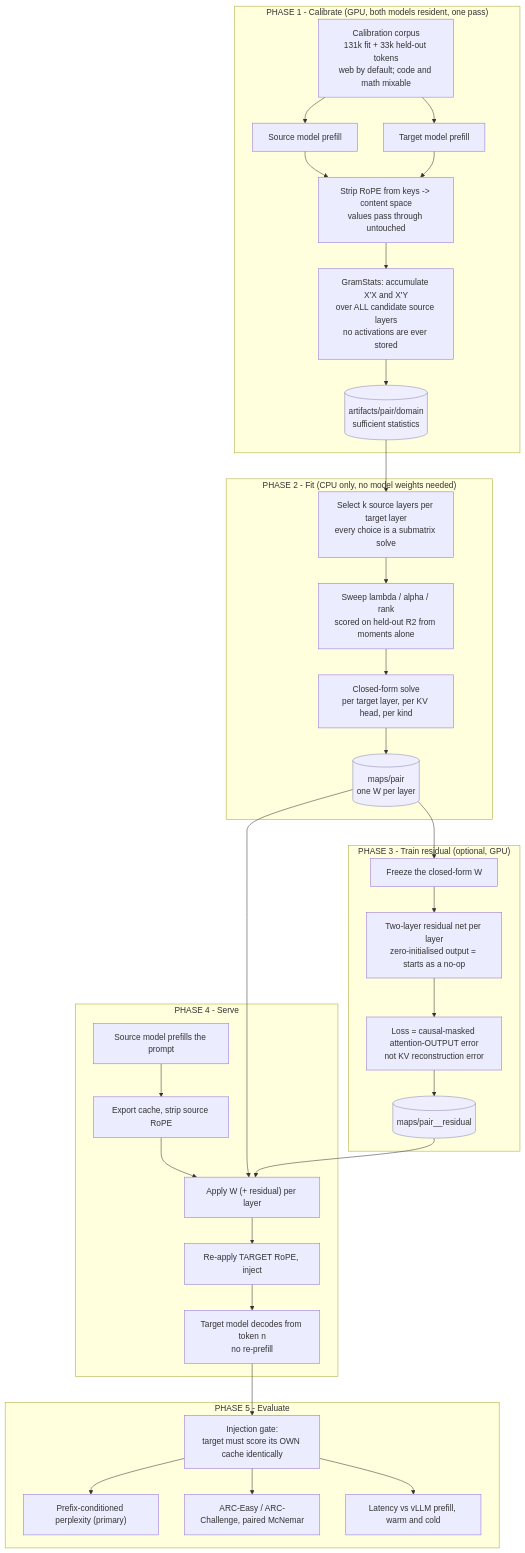
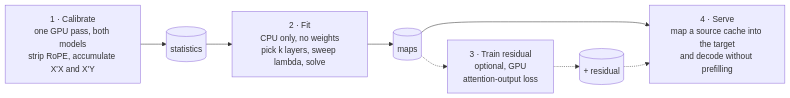
Before and after one commit to puneethgv/kvxfer: the first of 2 diagrams in README.md, drawn with Mermaid. The commit also changed other lines of this file, not shown here.

First line of the commit message:
Shrink the pipeline diagram and cut filler from the README

````diff
--- a/README.md
+++ b/README.md
@@ -46,61 +39,13 @@
 ```mermaid
-flowchart TD
-    subgraph P1["PHASE 1 - Calibrate (GPU, both models resident, one pass)"]
-        A1["Calibration corpus<br/>131k fit + 33k held-out tokens<br/>web by default; code and math mixable"]
-        A2["Source model prefill"]
-        A3["Target model prefill"]
-        A4["Strip RoPE from keys -> content space<br/>values pass through untouched"]
-        A5["GramStats: accumulate X'X and X'Y<br/>over ALL candidate source layers<br/>no activations are ever stored"]
-        A6[("artifacts/pair/domain<br/>sufficient statistics")]
-        A1 --> A2
-        A1 --> A3
-        A2 --> A4
-        A3 --> A4
-        A4 --> A5
-        A5 --> A6
-    end
+flowchart LR
+    C["1 · Calibrate<br/>one GPU pass, both models<br/>strip RoPE, accumulate X'X and X'Y"]
+    S[("statistics")]
+    F["2 · Fit<br/>CPU only, no weights<br/>pick k layers, sweep lambda, solve"]
+    M[("maps")]
+    R["3 · Train residual<br/>optional, GPU<br/>attention-output loss"]
+    RM[("+ residual")]
+    V["4 · Serve<br/>map a source cache into the target<br/>and decode without prefilling"]
 
-    subgraph P2["PHASE 2 - Fit (CPU only, no model weights needed)"]
-        B1["Select k source layers per target layer<br/>every choice is a submatrix solve"]
-        B2["Sweep lambda / alpha / rank<br/>scored on held-out R2 from moments alone"]
-        B3["Closed-form solve<br/>per target layer, per KV head, per kind"]
-        B4[("maps/pair<br/>one W per layer")]
-        B1 --> B2 --> B3 --> B4
-    end
-
-    subgraph P3["PHASE 3 - Train residual (optional, GPU)"]
-        C1["Freeze the closed-form W"]
-        C2["Two-layer residual net per layer<br/>zero-initialised output = starts as a no-op"]
-        C3["Loss = causal-masked attention-OUTPUT error<br/>not KV reconstruction error"]
-        C4[("maps/pair__residual")]
-        C1 --> C2 --> C3 --> C4
-    end
-
-    subgraph P4["PHASE 4 - Serve"]
-        D1["Source model prefills the prompt"]
-        D2["Export cache, strip source RoPE"]
-        D3["Apply W (+ residual) per layer"]
-        D4["Re-apply TARGET RoPE, inject"]
-        D5["Target model decodes from token n<br/>no re-prefill"]
-        D1 --> D2 --> D3 --> D4 --> D5
-    end
-
-    subgraph P5["PHASE 5 - Evaluate"]
-        E1["Injection gate:<br/>target must score its OWN cache identically"]
-        E2["Prefix-conditioned perplexity (primary)"]
-        E3["ARC-Easy / ARC-Challenge, paired McNemar"]
-        E4["Latency vs vLLM prefill, warm and cold"]
-        E1 --> E2
-        E1 --> E3
-        E1 --> E4
-    end
-
-    A6 --> B1
-    B4 --> C1
-    B4 --> D3
-    C4 --> D3
-    D5 --> E1
-
-    classDef store fill:#eef,stroke:#88a,stroke-width:1px;
-    class A6,B4,C4 store;
+    C --> S --> F --> M --> V
+    M -.-> R -.-> RM -.-> V
 ```
````
